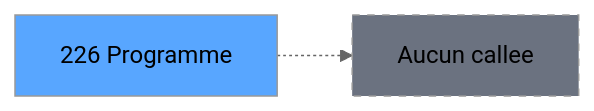
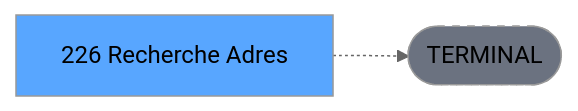
One commit to thonyAGP/lecteur-magic changed the third of 3 diagrams in .openspec/specs/ADH-IDE-226.md. Above: the diagram before and after it, drawn with Mermaid (neutral theme). The commit also changed other lines of this file and 701 other files, not shown here.

````diff
--- a/.openspec/specs/ADH-IDE-226.md
+++ b/.openspec/specs/ADH-IDE-226.md
@@ -154,8 +137,8 @@
 ```mermaid
 graph LR
-    T[226 Programme]
-    NONE[Aucun callee]
-    T -.-> NONE
+    T[226 Recherche Adres]
+    TERM([TERMINAL])
+    T -.-> TERM
+    style TERM fill:#6b7280,stroke-dasharray: 5 5
     style T fill:#58a6ff,color:#000
-    style NONE fill:#6b7280,stroke-dasharray: 5 5
 ```
````
